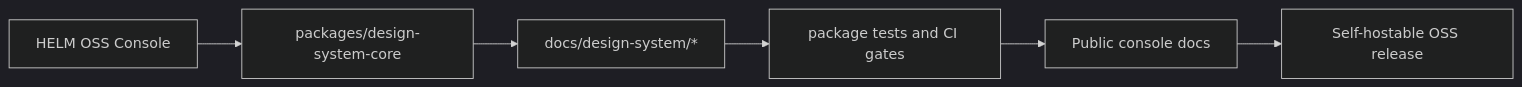
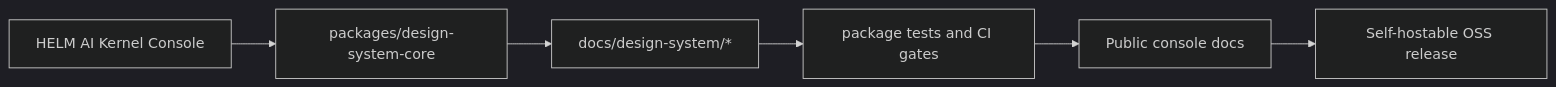
One commit to Mindburn-Labs/helm-ai-kernel changed the diagram in docs/DESIGN_SYSTEM.md. Above: the diagram before and after it, drawn with Mermaid (dark theme). The commit also changed other lines of this file and 966 other files, not shown here.

First line of the commit message:
chore: complete helm-ai-kernel rename (#138)

````diff
--- a/docs/DESIGN_SYSTEM.md
+++ b/docs/DESIGN_SYSTEM.md
@@ -26,8 +26,8 @@
 ```mermaid
 flowchart LR
-  console["HELM OSS Console"] --> package["packages/design-system-core"]
+  console["HELM AI Kernel Console"] --> package["packages/design-system-core"]
   package --> docs["docs/design-system/*"]
   docs --> tests["package tests and CI gates"]
   tests --> public["Public console docs"]
   public --> release["Self-hostable OSS release"]
 ```
````
